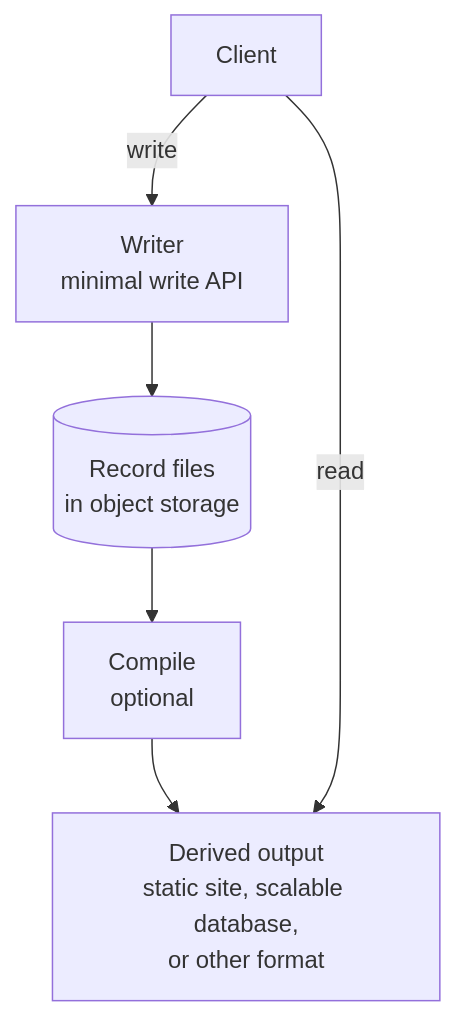
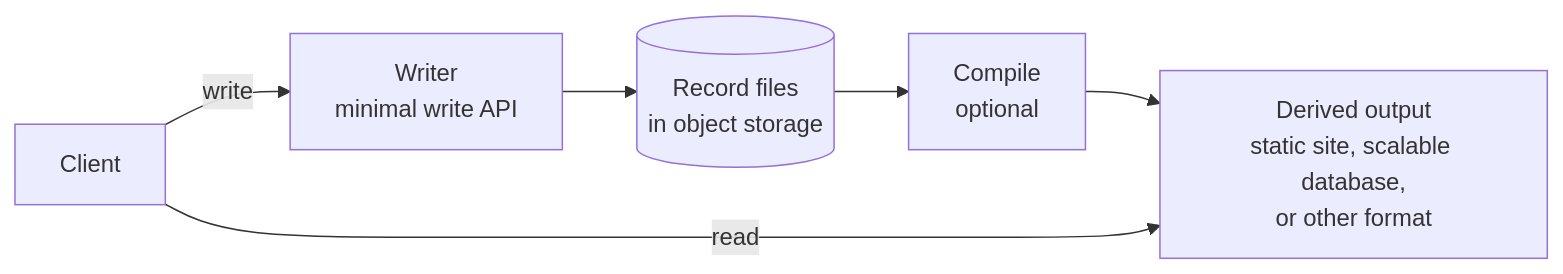
One commit to bristweb/yafidb changed the first of 2 diagrams in README.md. Above: the diagram before and after it, drawn with Mermaid.

Commit message:
Make How it works horizontal

````diff
--- a/README.md
+++ b/README.md
@@ -62,9 +62,9 @@
 ```mermaid
-flowchart TB
+flowchart LR
     C[Client]
     C -->|write| W[Writer<br/>minimal write API]
     W --> F[(Record files<br/>in object storage)]
     F --> K[Compile<br/>optional]
     K --> S[Derived output<br/>static site, scalable database,<br/>or other format]
     C -->|read| S
 ```
````
